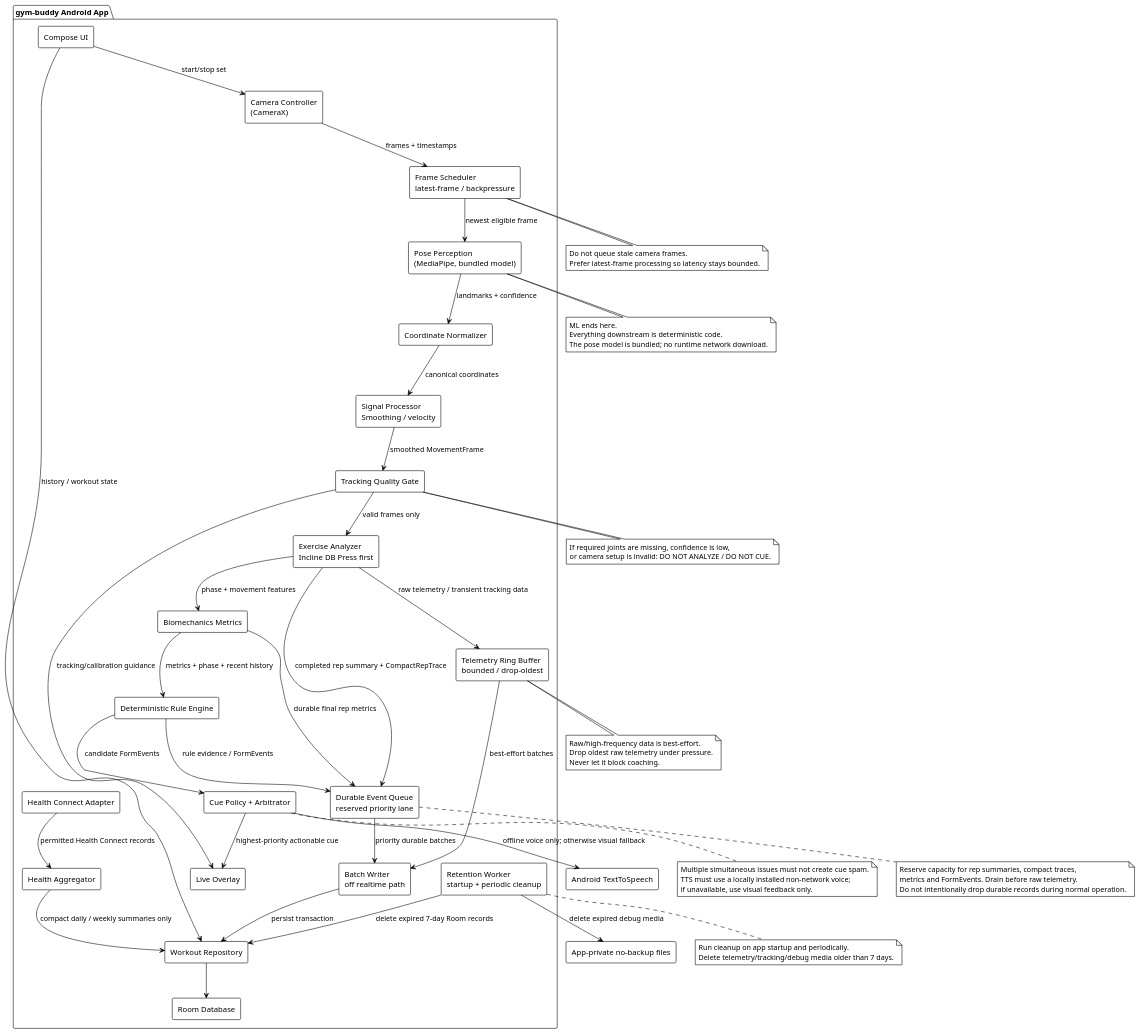
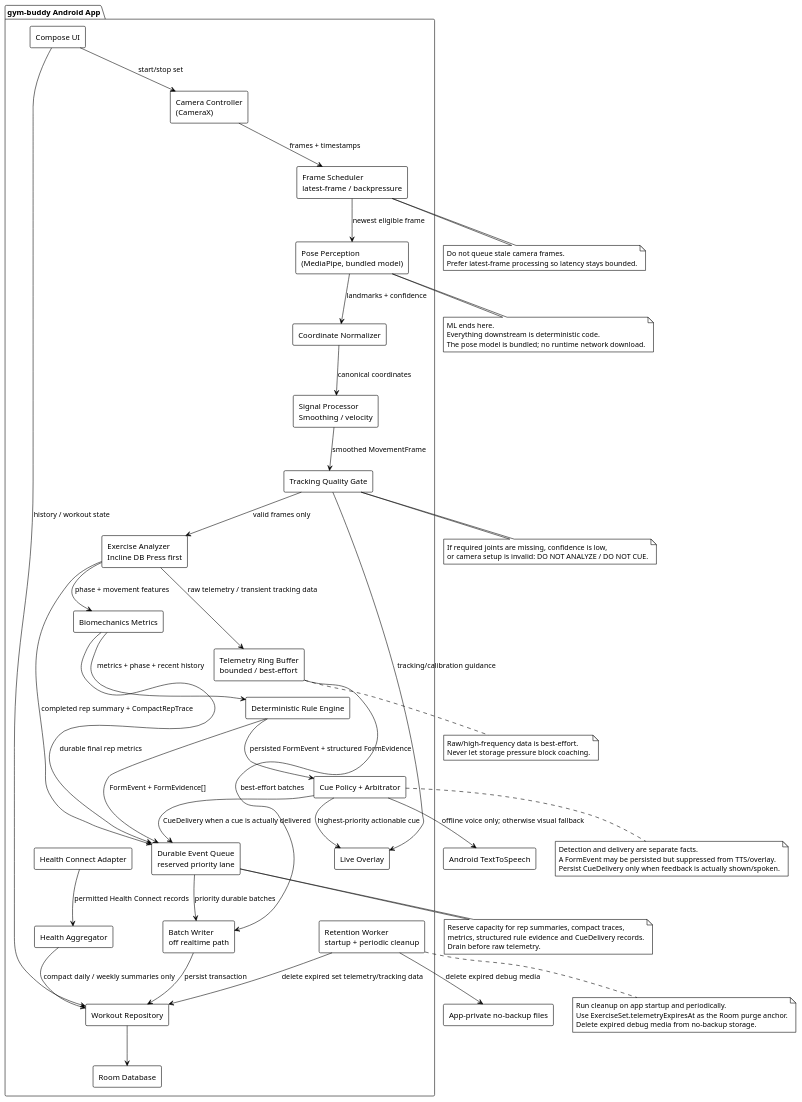
Before and after one commit to lazerta/gym-buddy: the diagram in docs/uml/02-android-components.puml, drawn with PlantUML.

Commit message:
UML v0.6: persist structured form evidence and delivered cues

```diff
--- a/docs/uml/02-android-components.puml
+++ b/docs/uml/02-android-components.puml
@@ -1,97 +1,98 @@
 @startuml
 !theme plain
 skinparam shadowing false
 skinparam componentStyle rectangle
 
 package "gym-buddy Android App" {
   [Compose UI] as UI
   [Camera Controller\n(CameraX)] as Camera
   [Frame Scheduler\nlatest-frame / backpressure] as Scheduler
   [Pose Perception\n(MediaPipe, bundled model)] as Pose
   [Coordinate Normalizer] as Normalize
   [Signal Processor\nSmoothing / velocity] as Signal
   [Tracking Quality Gate] as Quality
   [Exercise Analyzer\nIncline DB Press first] as Analyzer
   [Biomechanics Metrics] as Metrics
   [Deterministic Rule Engine] as Rules
   [Cue Policy + Arbitrator] as CuePolicy
   [Live Overlay] as Overlay
-  [Telemetry Ring Buffer\nbounded / drop-oldest] as TelemetryBuffer
+  [Telemetry Ring Buffer\nbounded / best-effort] as TelemetryBuffer
   [Durable Event Queue\nreserved priority lane] as DurableQueue
   [Batch Writer\noff realtime path] as BatchWriter
   [Workout Repository] as Repo
   [Health Connect Adapter] as Health
   [Health Aggregator] as HealthAgg
   [Retention Worker\nstartup + periodic cleanup] as Retention
   [Room Database] as Room
 }
 
 UI --> Camera : start/stop set
 Camera --> Scheduler : frames + timestamps
 Scheduler --> Pose : newest eligible frame
 Pose --> Normalize : landmarks + confidence
 Normalize --> Signal : canonical coordinates
 Signal --> Quality : smoothed MovementFrame
 Quality --> Analyzer : valid frames only
 Quality --> Overlay : tracking/calibration guidance
 Analyzer --> Metrics : phase + movement features
 Metrics --> Rules : metrics + phase + recent history
-Rules --> CuePolicy : candidate FormEvents
+Rules --> CuePolicy : persisted FormEvent + structured FormEvidence
 CuePolicy --> Overlay : highest-priority actionable cue
 CuePolicy --> [Android TextToSpeech] : offline voice only; otherwise visual fallback
 
 Analyzer --> TelemetryBuffer : raw telemetry / transient tracking data
 Analyzer --> DurableQueue : completed rep summary + CompactRepTrace
 Metrics --> DurableQueue : durable final rep metrics
-Rules --> DurableQueue : rule evidence / FormEvents
+Rules --> DurableQueue : FormEvent + FormEvidence[]
+CuePolicy --> DurableQueue : CueDelivery when a cue is actually delivered
 TelemetryBuffer --> BatchWriter : best-effort batches
 DurableQueue --> BatchWriter : priority durable batches
 BatchWriter --> Repo : persist transaction
 Repo --> Room
 
 Health --> HealthAgg : permitted Health Connect records
 HealthAgg --> Repo : compact daily / weekly summaries only
-Retention --> Repo : delete expired 7-day Room records
+Retention --> Repo : delete expired set telemetry/tracking data
 Retention --> [App-private no-backup files] : delete expired debug media
 UI --> Repo : history / workout state
 
 note bottom of Pose
 ML ends here.
 Everything downstream is deterministic code.
 The pose model is bundled; no runtime network download.
 end note
 
 note bottom of Scheduler
 Do not queue stale camera frames.
 Prefer latest-frame processing so latency stays bounded.
 end note
 
 note bottom of Quality
 If required joints are missing, confidence is low,
 or camera setup is invalid: DO NOT ANALYZE / DO NOT CUE.
 end note
 
 note bottom of TelemetryBuffer
 Raw/high-frequency data is best-effort.
-Drop oldest raw telemetry under pressure.
-Never let it block coaching.
+Never let storage pressure block coaching.
 end note
 
 note bottom of DurableQueue
 Reserve capacity for rep summaries, compact traces,
-metrics and FormEvents. Drain before raw telemetry.
-Do not intentionally drop durable records during normal operation.
+metrics, structured rule evidence and CueDelivery records.
+Drain before raw telemetry.
 end note
 
 note bottom of Retention
 Run cleanup on app startup and periodically.
-Delete telemetry/tracking/debug media older than 7 days.
+Use ExerciseSet.telemetryExpiresAt as the Room purge anchor.
+Delete expired debug media from no-backup storage.
 end note
 
 note bottom of CuePolicy
-Multiple simultaneous issues must not create cue spam.
-TTS must use a locally installed non-network voice;
-if unavailable, use visual feedback only.
+Detection and delivery are separate facts.
+A FormEvent may be persisted but suppressed from TTS/overlay.
+Persist CueDelivery only when feedback is actually shown/spoken.
 end note
 
 @enduml
```
